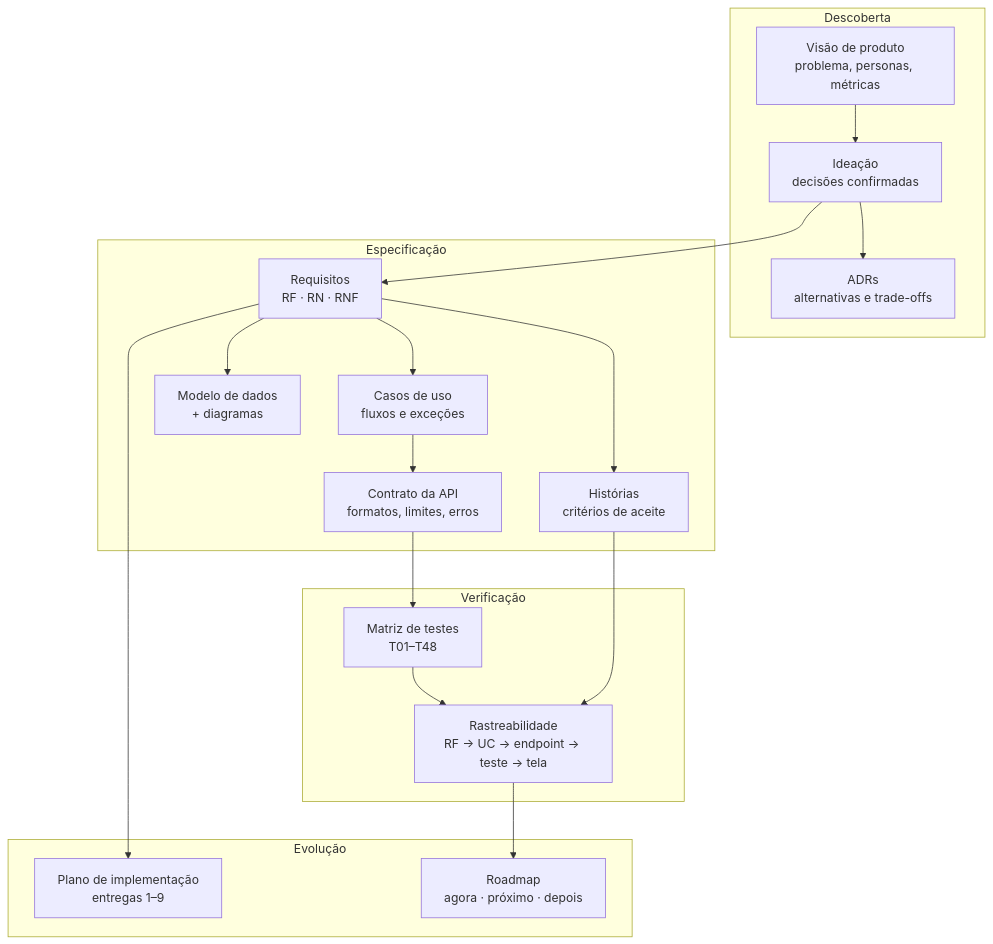
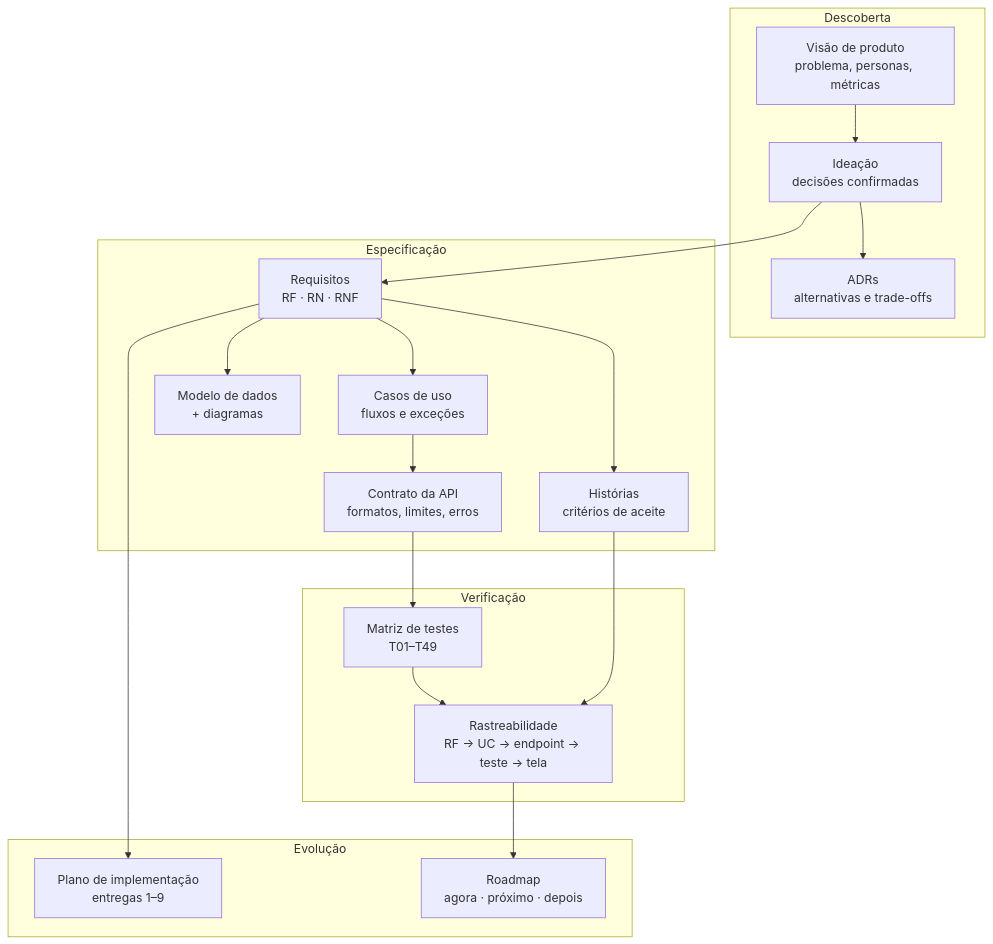
Before and after one commit to vsys-val/fastapi-merchant-app: the diagram in docs/README.md, drawn with Mermaid. The commit also changed other lines of this file and 9 other files, not shown here.

````diff
--- a/docs/README.md
+++ b/docs/README.md
@@ -17,32 +17,32 @@
 ```mermaid
 flowchart TB
   subgraph Descoberta
     VP[Visão de produto<br/>problema, personas, métricas]
     ID[Ideação<br/>decisões confirmadas]
     ADR[ADRs<br/>alternativas e trade-offs]
   end
   subgraph Especificação
     RQ[Requisitos<br/>RF · RN · RNF]
     US[Histórias<br/>critérios de aceite]
     UC[Casos de uso<br/>fluxos e exceções]
     CT[Contrato da API<br/>formatos, limites, erros]
     MD[Modelo de dados<br/>+ diagramas]
   end
   subgraph Verificação
-    MT[Matriz de testes<br/>T01–T48]
+    MT[Matriz de testes<br/>T01–T49]
     RT[Rastreabilidade<br/>RF → UC → endpoint → teste → tela]
   end
   subgraph Evolução
     PL[Plano de implementação<br/>entregas 1–9]
     RM[Roadmap<br/>agora · próximo · depois]
   end
   VP --> ID --> ADR
   ID --> RQ
   RQ --> US & UC
   UC --> CT --> MT
   RQ --> MD
   MT --> RT
   US --> RT
   RT --> RM
   RQ --> PL
 ```
````
